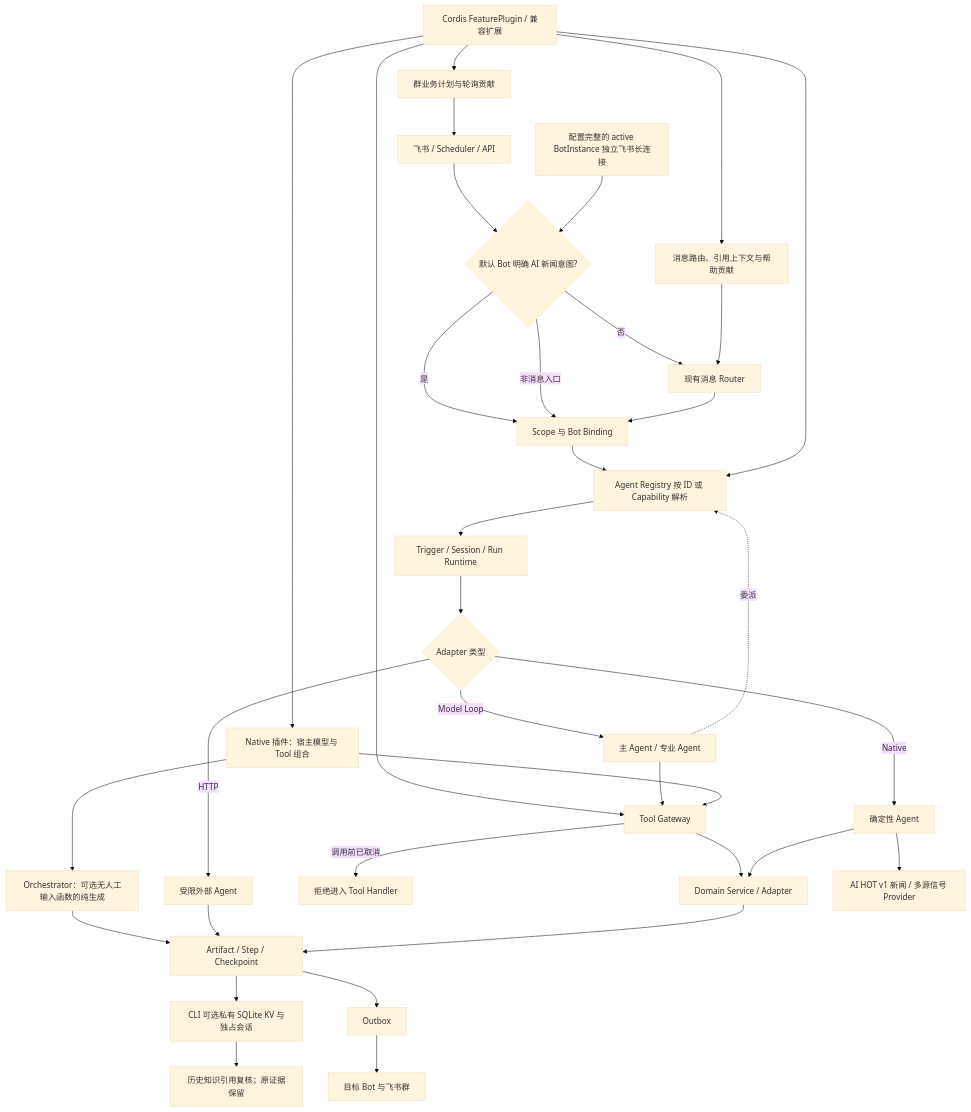
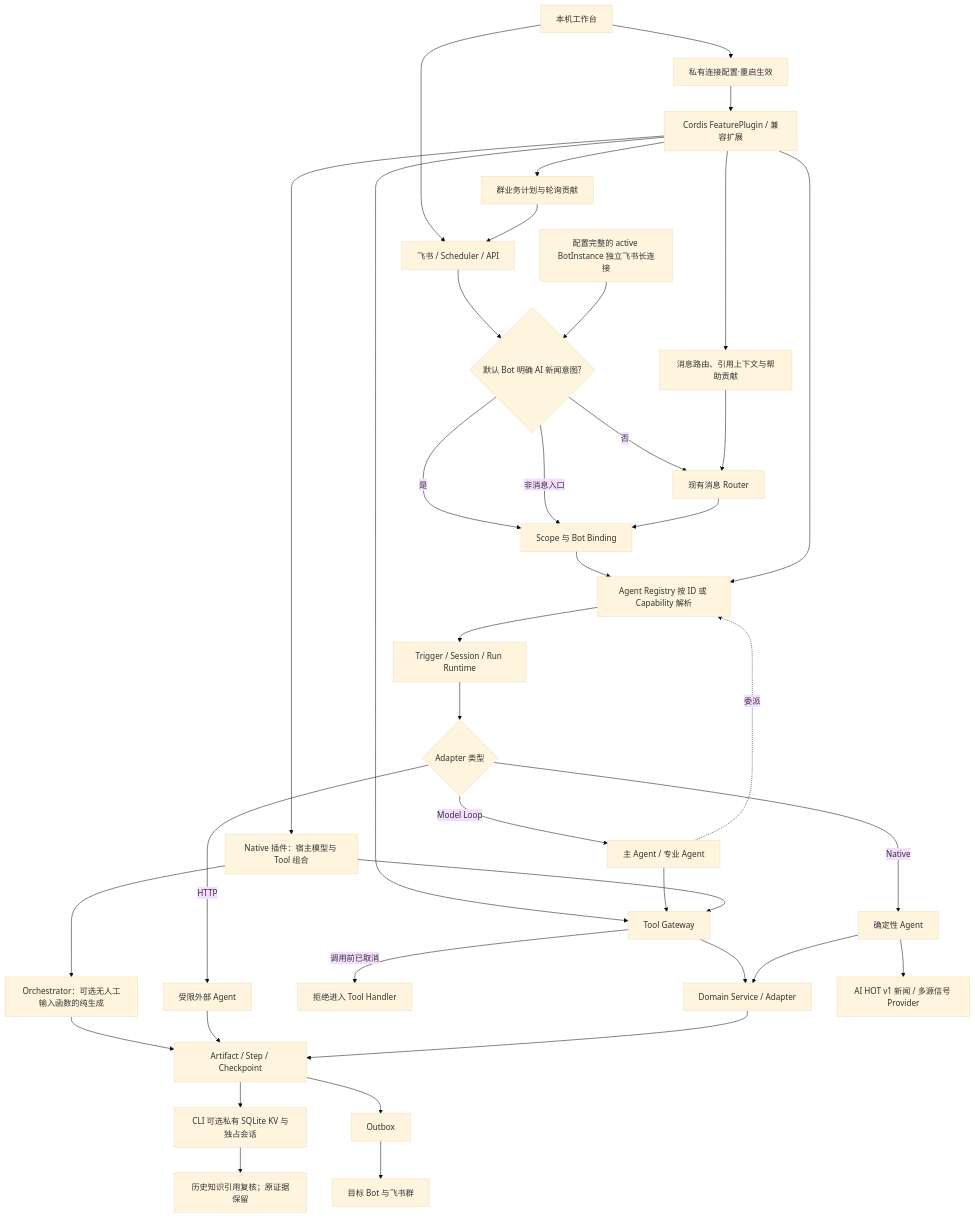
The diagram in backend/src/platform/FEATURE.md (KlayPeter/AI-Delivery-Ops-Agent), drawn with Mermaid (base theme) before and after one commit. The commit also changed other lines of this file and 36 other files, not shown here.

````diff
--- a/backend/src/platform/FEATURE.md
+++ b/backend/src/platform/FEATURE.md
@@ -29,37 +29,40 @@
 ```mermaid
 flowchart TD
+    UI[本机工作台] --> A
+    UI --> LC[私有连接配置·重启生效]
+    LC --> X
     A["飞书 / Scheduler / API"] --> R{"默认 Bot 明确 AI 新闻意图?"}
     R -- "是" --> B["Scope 与 Bot Binding"]
     R -- "否" --> Q["现有消息 Router"]
     R -- "非消息入口" --> B
     Q --> B
     B --> C["Agent Registry 按 ID 或 Capability 解析"]
     X["Cordis FeaturePlugin / 兼容扩展"] --> C
     X --> I["Tool / Skill / Adapter 注册"]
     X --> MR["消息路由、引用上下文与帮助贡献"]
     MR --> Q
     X --> SJ[群业务计划与轮询贡献]
     SJ --> A
     C --> D["Trigger / Session / Run Runtime"]
     D --> E{"Adapter 类型"}
     E -- Model Loop --> F["主 Agent / 专业 Agent"]
     E -- Native --> G["确定性 Agent"]
     E -- HTTP --> H["受限外部 Agent"]
     F --> I["Tool Gateway"]
     F -. 委派 .-> C
     I --> J["Domain Service / Adapter"]
     I -- "调用前已取消" --> XC["拒绝进入 Tool Handler"]
     X --> NP["Native 插件：宿主模型与 Tool 组合"]
     NP --> I
     NP --> OM["Orchestrator：可选无人工输入函数的纯生成"]
     OM --> K
     G --> J
     H --> K["Artifact / Step / Checkpoint"]
     K --> LS[CLI 可选私有 SQLite KV 与独占会话]
     LS --> IR[历史知识引用复核；原证据保留]
     J --> K
     K --> L["Outbox"]
     L --> M["目标 Bot 与飞书群"]
     N["配置完整的 active BotInstance 独立飞书长连接"] --> R
     G --> O["AI HOT v1 新闻 / 多源信号 Provider"]
 ```
````
